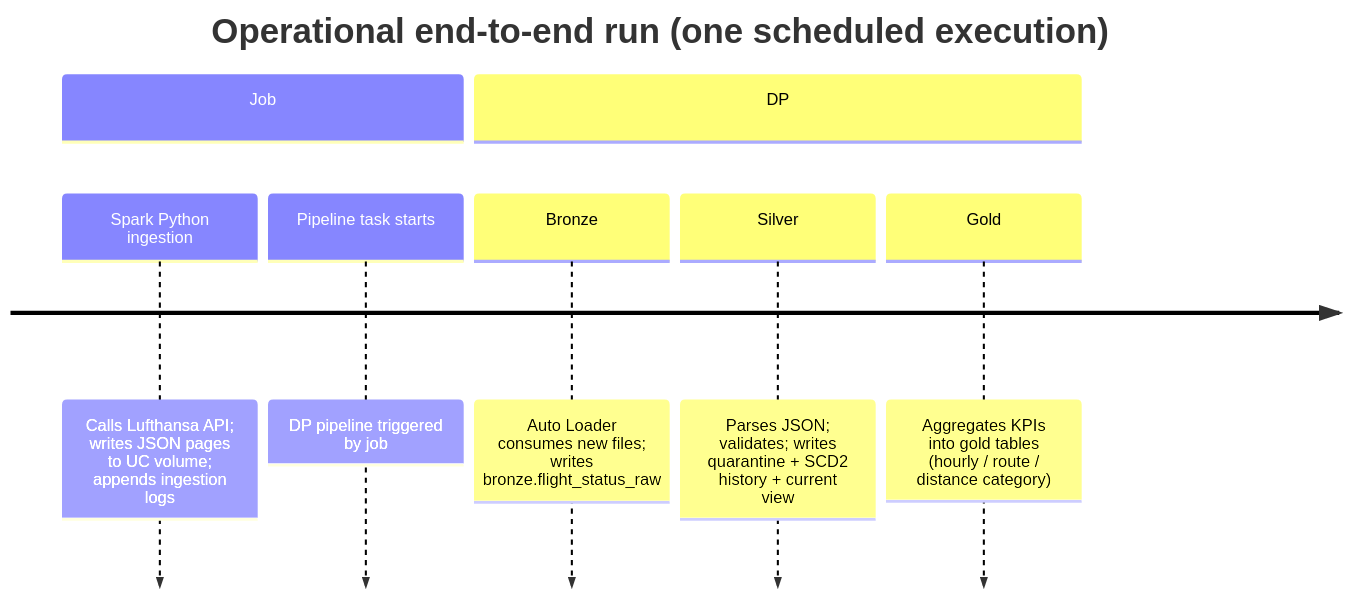
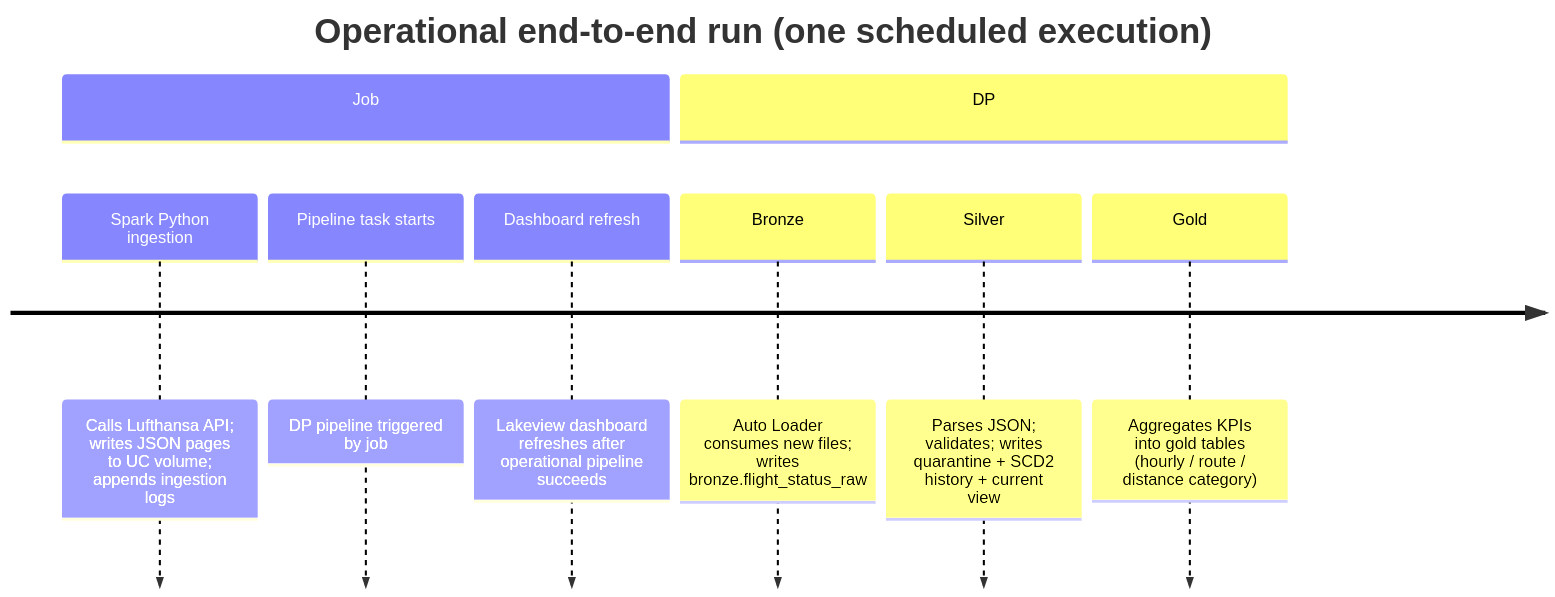
One commit to janomutschler/data-intelligence changed the second of 2 diagrams in docs/PIPELINE.md. Above: the diagram before and after it, drawn with Mermaid. The commit also changed other lines of this file and 4 other files, not shown here.

````diff
--- a/docs/PIPELINE.md
+++ b/docs/PIPELINE.md
@@ -82,11 +90,12 @@
 ```mermaid
 timeline
   title Operational end-to-end run (one scheduled execution)
   section Job
     Spark Python ingestion : Calls Lufthansa API; writes JSON pages to UC volume; appends ingestion logs
     Pipeline task starts : DP pipeline triggered by job
+    Dashboard refresh : Lakeview dashboard refreshes after operational pipeline succeeds
   section DP
     Bronze : Auto Loader consumes new files; writes bronze.flight_status_raw
     Silver : Parses JSON; validates; writes quarantine + SCD2 history + current view
     Gold : Aggregates KPIs into gold tables (hourly / route / distance category)
 ```
````
